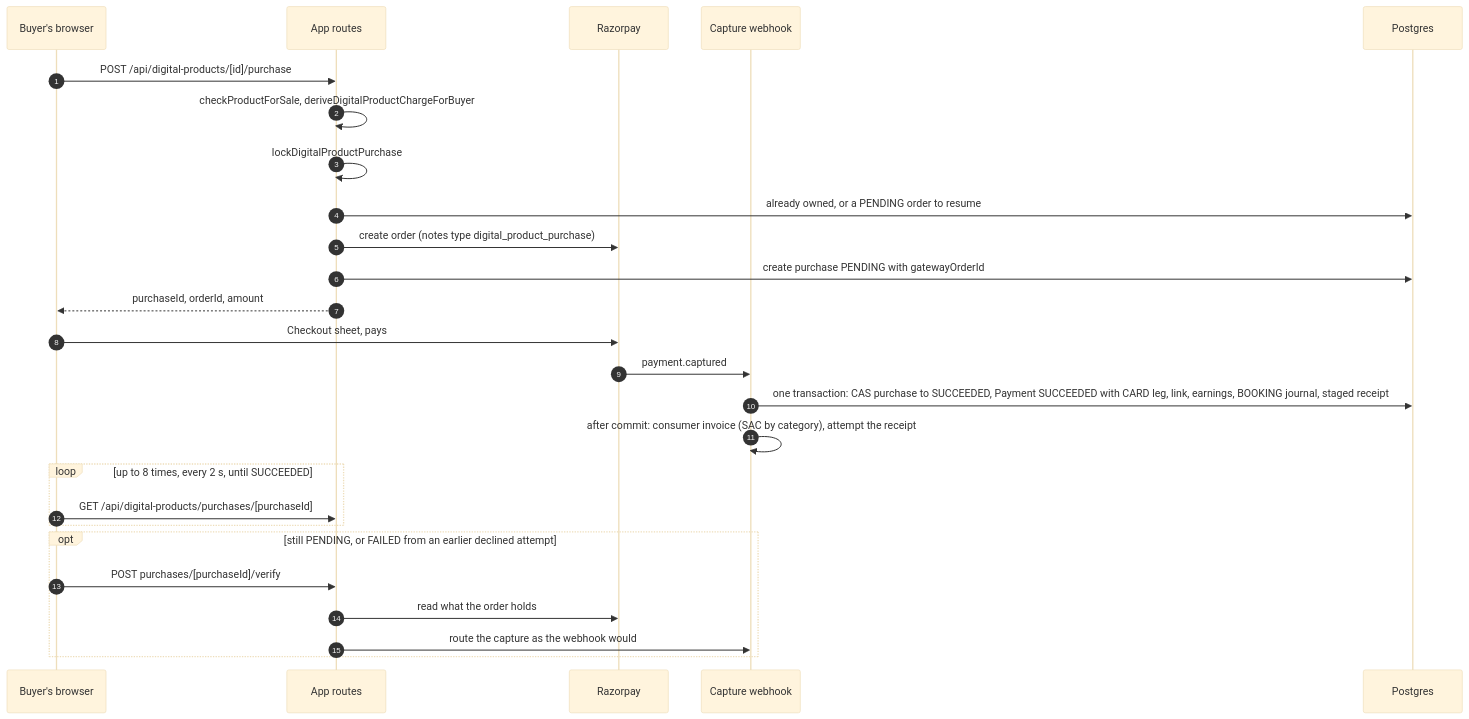
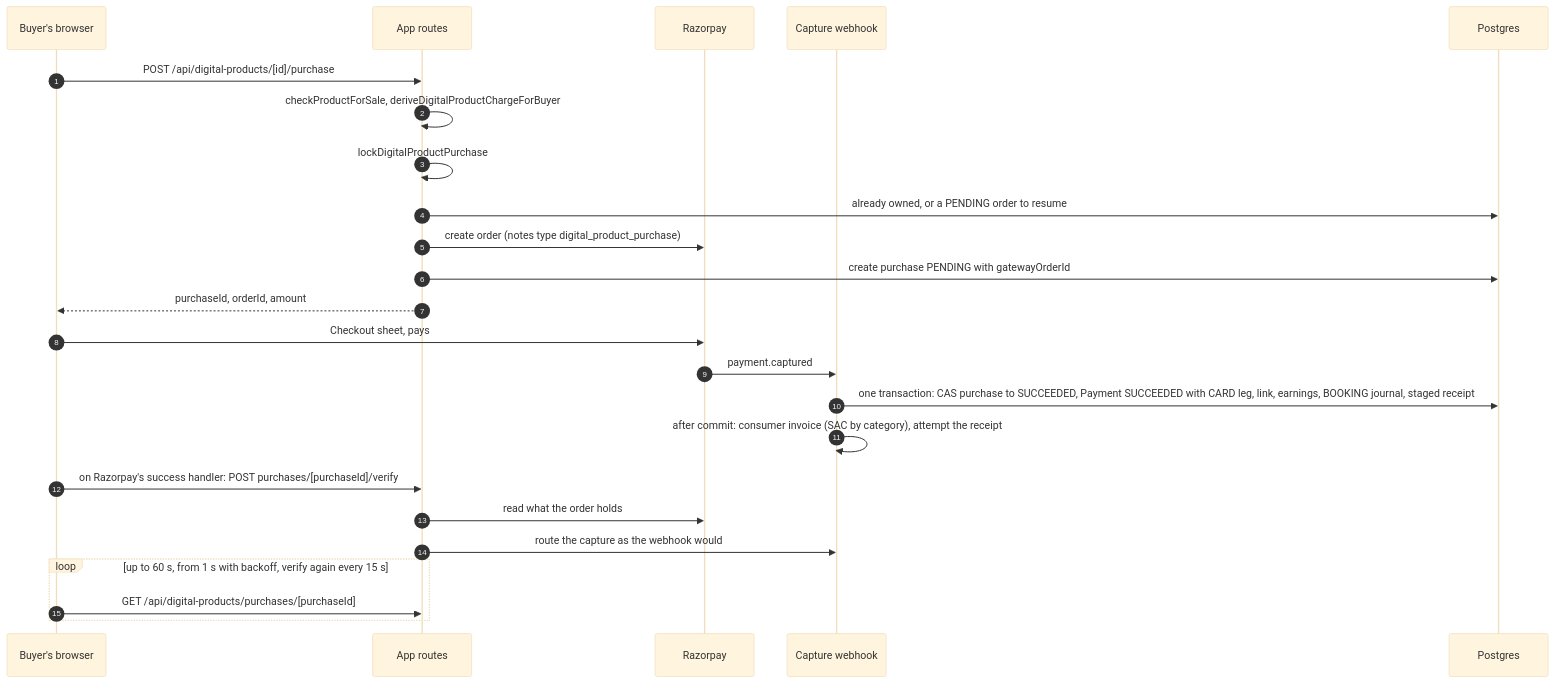
One commit to Practitionist/familiarise_web changed the fifth of 6 diagrams in docs/digital-products/01-architecture.md. Above: the diagram before and after it, drawn with Mermaid (base theme). The commit also changed other lines of this file, not shown here.

First line of the commit message:
docs(digital-products): reject reasons, immediate verify, payment method and evidence

````diff
--- a/docs/digital-products/01-architecture.md
+++ b/docs/digital-products/01-architecture.md
@@ -142,28 +144,26 @@
 ```mermaid
 sequenceDiagram
   autonumber
   participant B as Buyer's browser
   participant API as App routes
   participant RP as Razorpay
   participant WH as Capture webhook
   participant DB as Postgres
   B->>API: POST /api/digital-products/[id]/purchase
   API->>API: checkProductForSale, deriveDigitalProductChargeForBuyer
   API->>API: lockDigitalProductPurchase
   API->>DB: already owned, or a PENDING order to resume
   API->>RP: create order (notes type digital_product_purchase)
   API->>DB: create purchase PENDING with gatewayOrderId
   API-->>B: purchaseId, orderId, amount
   B->>RP: Checkout sheet, pays
   RP->>WH: payment.captured
   WH->>DB: one transaction: CAS purchase to SUCCEEDED, Payment SUCCEEDED with CARD leg, link, earnings, BOOKING journal, staged receipt
   WH->>WH: after commit: consumer invoice (SAC by category), attempt the receipt
-  loop up to 8 times, every 2 s, until SUCCEEDED
+  B->>API: on Razorpay's success handler: POST purchases/[purchaseId]/verify
+  API->>RP: read what the order holds
+  API->>WH: route the capture as the webhook would
+  loop up to 60 s, from 1 s with backoff, verify again every 15 s
     B->>API: GET /api/digital-products/purchases/[purchaseId]
   end
-  opt still PENDING, or FAILED from an earlier declined attempt
-    B->>API: POST purchases/[purchaseId]/verify
-    API->>RP: read what the order holds
-    API->>WH: route the capture as the webhook would
-  end
 ```
````
